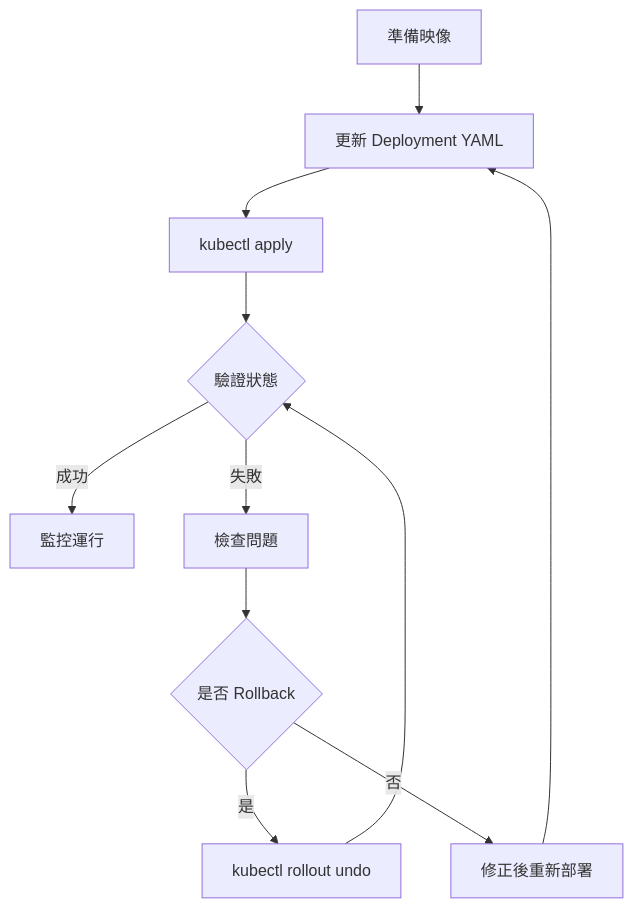
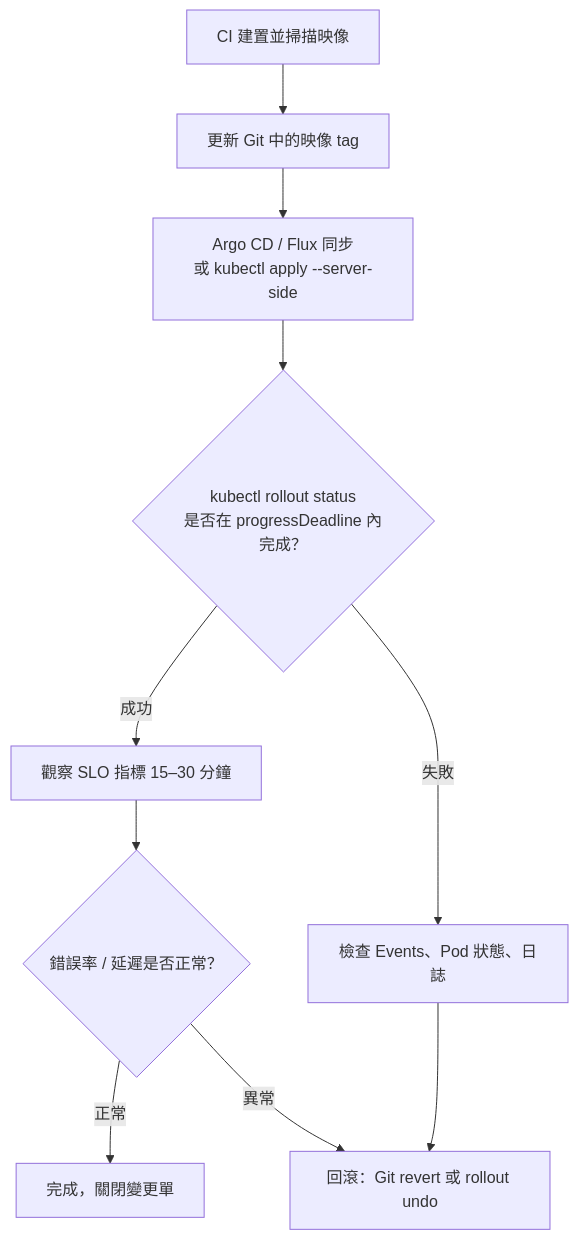
Diagram 18 of 31 in content/posts/教學/工具/Kubernetes教學手冊.md (chihhung/Blog), drawn with Mermaid before and after one commit. The commit also changed other lines of this file and 8 other files, not shown here.

````diff
--- a/content/posts/教學/工具/Kubernetes教學手冊.md
+++ b/content/posts/教學/工具/Kubernetes教學手冊.md
@@ -1170,13 +3440,12 @@
 ```mermaid
 flowchart TD
-    A[準備映像] --> B[更新 Deployment YAML]
-    B --> C[kubectl apply]
-    C --> D{驗證狀態}
-    D -->|成功| E[監控運行]
-    D -->|失敗| F[檢查問題]
-    F --> G{是否 Rollback}
-    G -->|是| H[kubectl rollout undo]
-    G -->|否| I[修正後重新部署]
-    H --> D
-    I --> B
+    A["CI 建置並掃描映像"] --> B["更新 Git 中的映像 tag"]
+    B --> C["Argo CD / Flux 同步<br/>或 kubectl apply --server-side"]
+    C --> D{"kubectl rollout status<br/>是否在 progressDeadline 內完成？"}
+    D -->|成功| E["觀察 SLO 指標 15–30 分鐘"]
+    D -->|失敗| F["檢查 Events、Pod 狀態、日誌"]
+    E --> G{"錯誤率 / 延遲是否正常？"}
+    G -->|正常| H["完成，關閉變更單"]
+    G -->|異常| I["回滾：Git revert 或 rollout undo"]
+    F --> I
 ```
````
